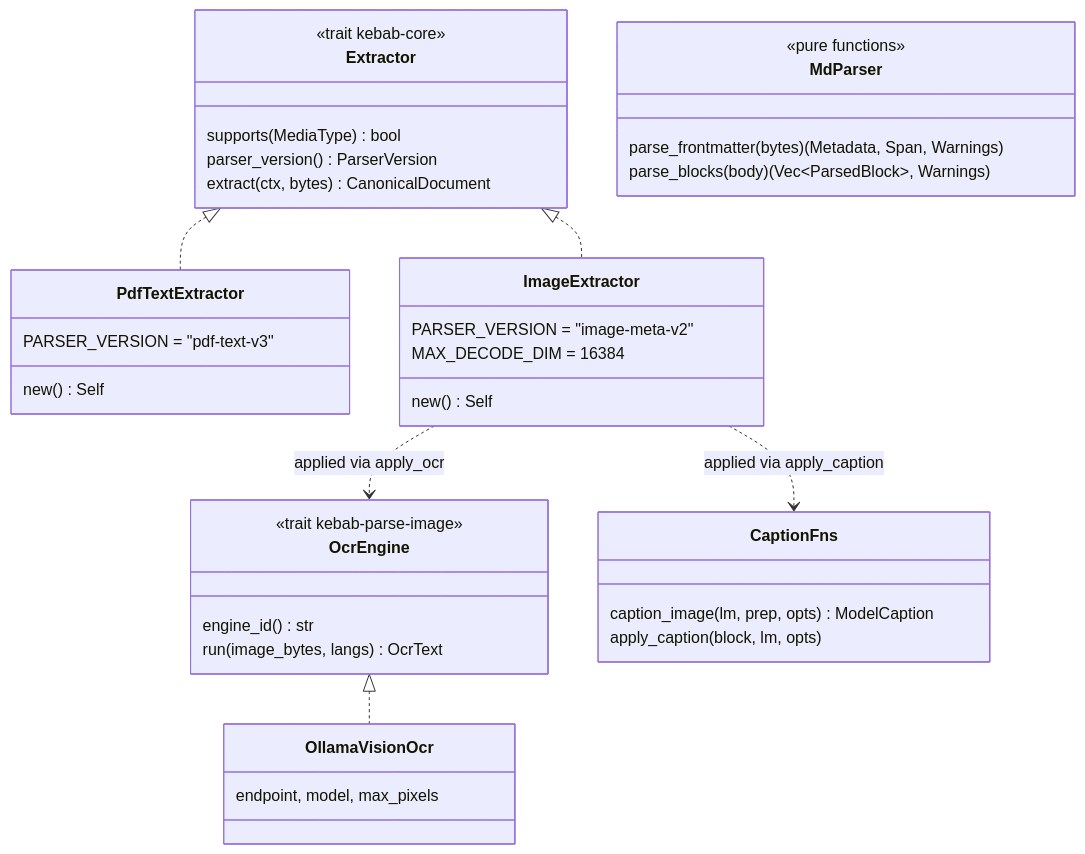
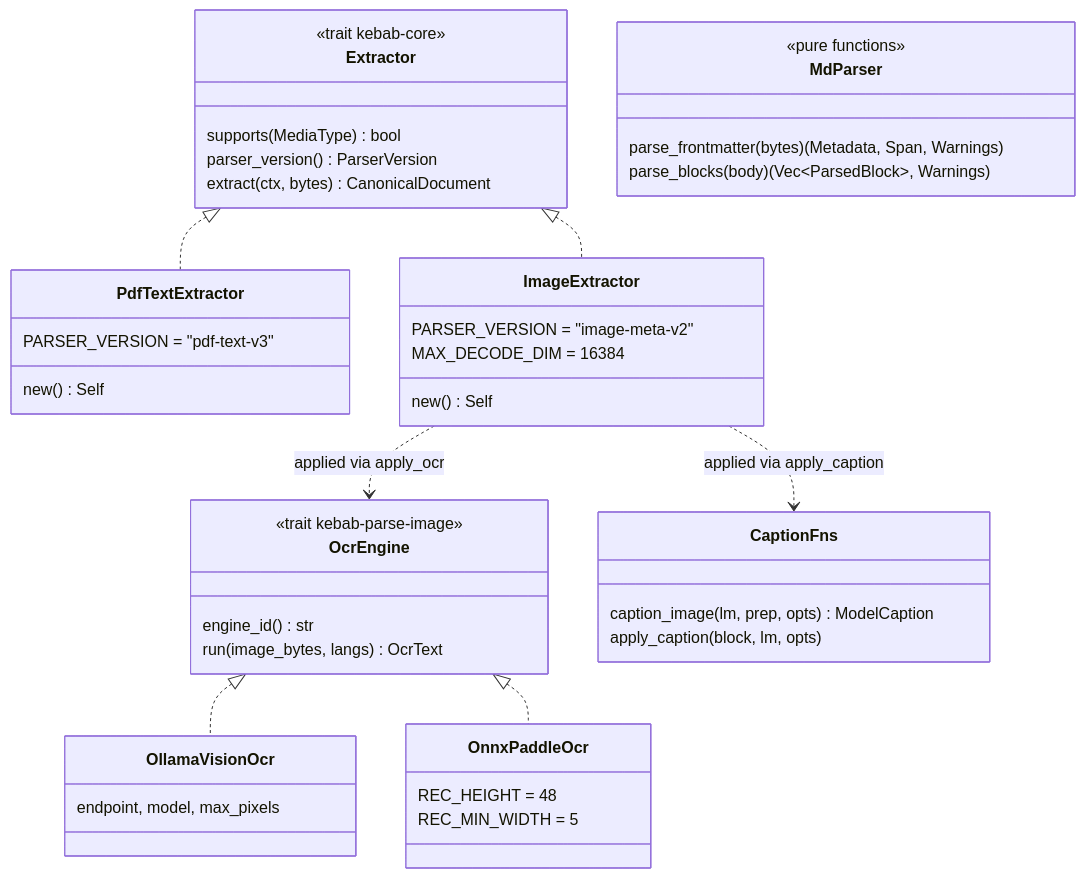
One commit to altair823/kebab changed the first of 2 diagrams in docs/components/parse/README.md. Above: the diagram before and after it, drawn with Mermaid. The commit also changed other lines of this file and 6 other files, not shown here.

````diff
--- a/docs/components/parse/README.md
+++ b/docs/components/parse/README.md
@@ -15,40 +15,45 @@
 ```mermaid
 classDiagram
     class Extractor {
         <<trait kebab-core>>
         supports(MediaType) bool
         parser_version() ParserVersion
         extract(ctx, bytes) CanonicalDocument
     }
     class MdParser {
         <<pure functions>>
         parse_frontmatter(bytes) (Metadata, Span, Warnings)
         parse_blocks(body) (Vec~ParsedBlock~, Warnings)
     }
     class PdfTextExtractor {
         PARSER_VERSION = "pdf-text-v3"
         new() Self
     }
     class ImageExtractor {
         PARSER_VERSION = "image-meta-v2"
         MAX_DECODE_DIM = 16384
         new() Self
     }
     class OcrEngine {
         <<trait kebab-parse-image>>
         engine_id() str
         run(image_bytes, langs) OcrText
     }
     class OllamaVisionOcr {
         endpoint, model, max_pixels
     }
+    class OnnxPaddleOcr {
+        REC_HEIGHT = 48
+        REC_MIN_WIDTH = 5
+    }
     class CaptionFns {
         caption_image(lm, prep, opts) ModelCaption
         apply_caption(block, lm, opts)
     }
     Extractor <|.. PdfTextExtractor
     Extractor <|.. ImageExtractor
     OcrEngine <|.. OllamaVisionOcr
+    OcrEngine <|.. OnnxPaddleOcr
     ImageExtractor ..> OcrEngine : applied via apply_ocr
     ImageExtractor ..> CaptionFns : applied via apply_caption
 ```
````
